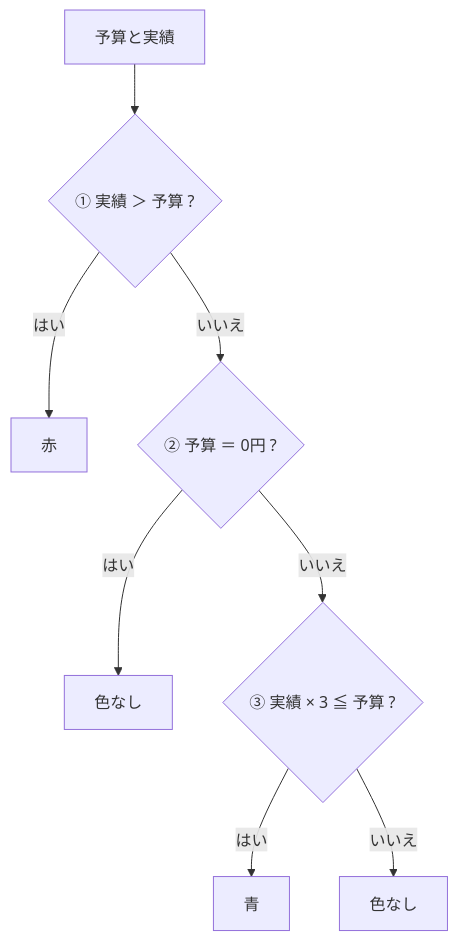
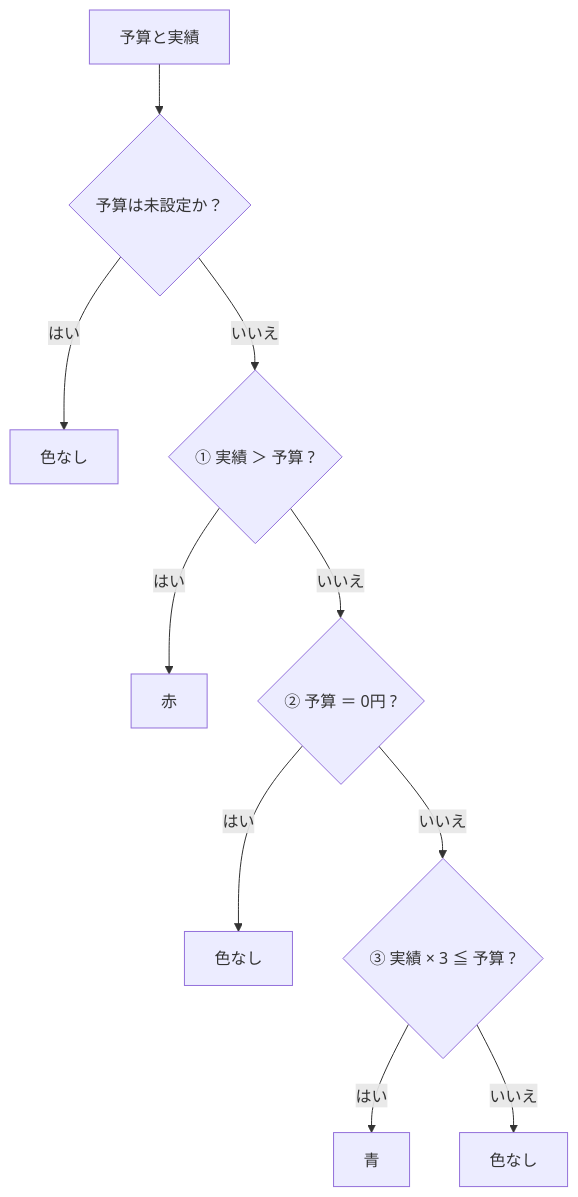
Before and after one commit to yutaro081/HouseholdBudget-SpringBoot: diagram 13 of 13 in docs/reviews/design.md, drawn with Mermaid. The commit also changed other lines of this file and 3 other files, not shown here.

````diff
--- a/docs/reviews/design.md
+++ b/docs/reviews/design.md
@@ -1086,10 +1136,12 @@
 ```mermaid
 flowchart TD
-    S["予算と実績"] --> J1{"① 実績 ＞ 予算 ?"}
+    S["予算と実績"] --> J0{"予算は未設定か？"}
+    J0 -->|はい| N0["色なし"]
+    J0 -->|いいえ| J1{"① 実績 ＞ 予算 ?"}
     J1 -->|はい| R["赤"]
     J1 -->|いいえ| J2{"② 予算 ＝ 0円 ?"}
     J2 -->|はい| N1["色なし"]
     J2 -->|いいえ| J3{"③ 実績 × 3 ≦ 予算 ?"}
     J3 -->|はい| B["青"]
     J3 -->|いいえ| N2["色なし"]
 ```
````
